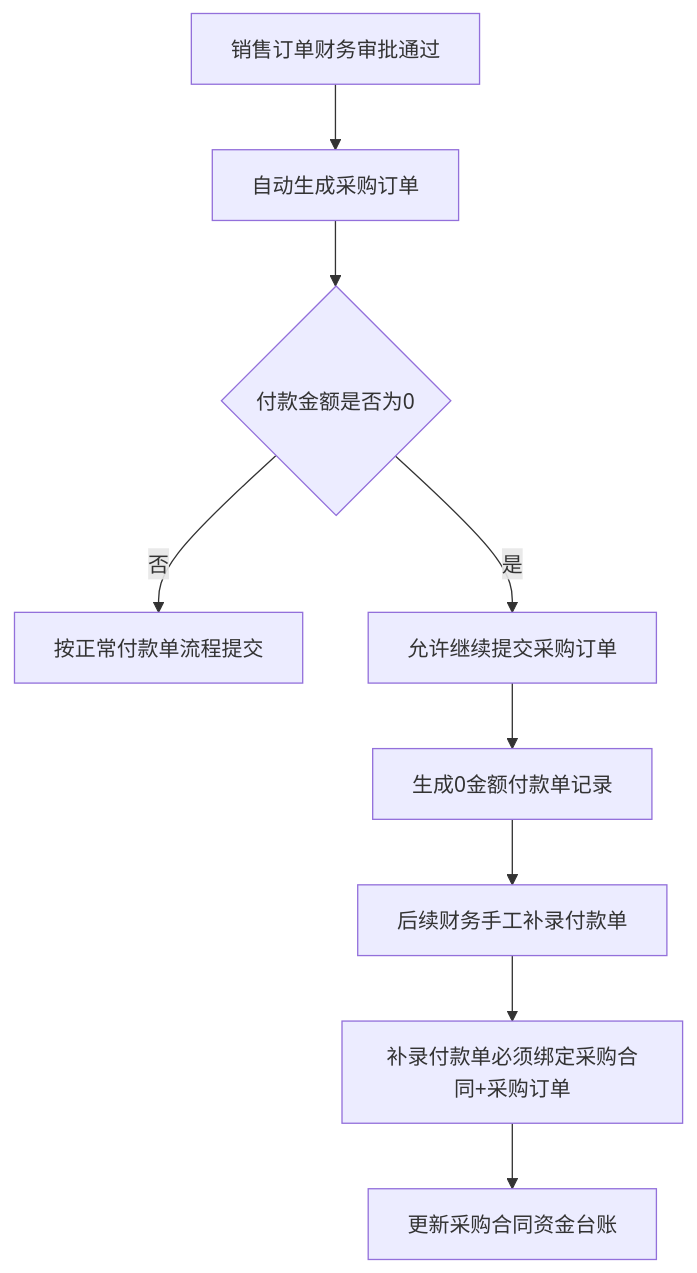
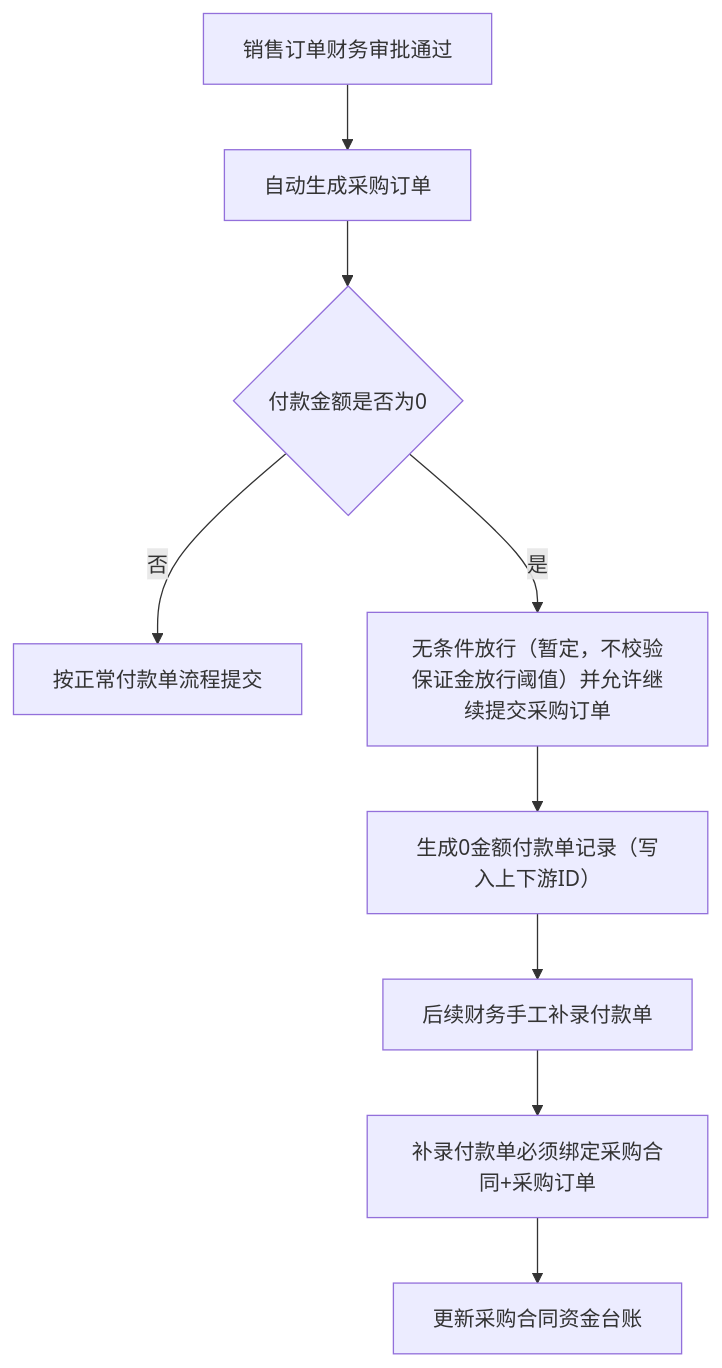
The third of 11 diagrams in docs/V6阶段A-流程图状态机与UI原型清单.md (nancyxjp2019/jgport-supply), drawn with Mermaid before and after one commit. The commit also changed other lines of this file and 1 other file, not shown here.

````diff
--- a/docs/V6阶段A-流程图状态机与UI原型清单.md
+++ b/docs/V6阶段A-流程图状态机与UI原型清单.md
@@ -50,11 +58,11 @@
 ```mermaid
 flowchart TD
     A[销售订单财务审批通过] --> B[自动生成采购订单]
     B --> C{付款金额是否为0}
     C -->|否| D[按正常付款单流程提交]
-    C -->|是| E[允许继续提交采购订单]
-    E --> F[生成0金额付款单记录]
+    C -->|是| E[无条件放行（暂定，不校验保证金放行阈值）并允许继续提交采购订单]
+    E --> F[生成0金额付款单记录（写入上下游ID）]
     F --> G[后续财务手工补录付款单]
     G --> H[补录付款单必须绑定采购合同+采购订单]
     H --> I[更新采购合同资金台账]
 ```
````
